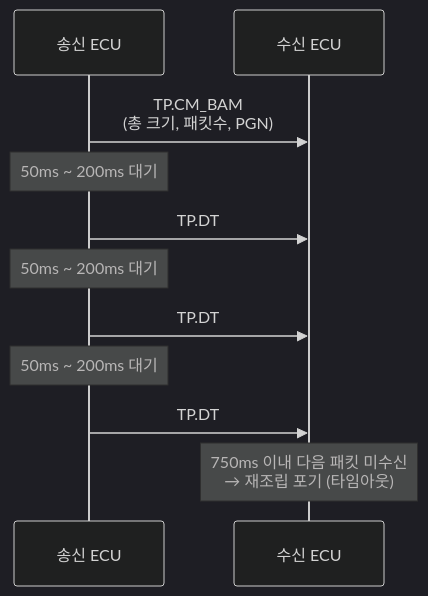
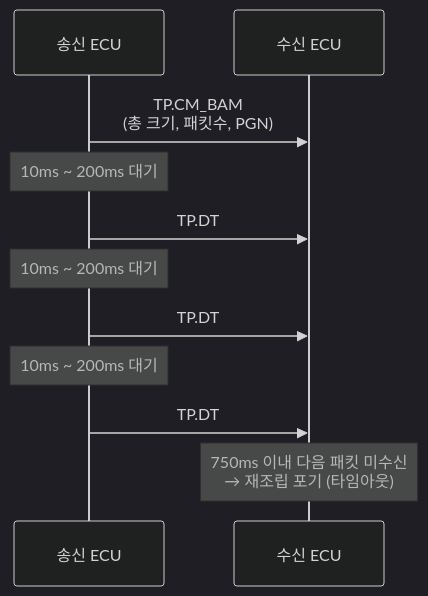
One commit to hobeen-kim/hobeen-kim.github.io changed the fifth of 6 diagrams in docs/_study/isobus/11-j1939-transport.md. Above: the diagram before and after it, drawn with Mermaid (dark theme). The commit also changed other lines of this file and 18 other files, not shown here.

````diff
--- a/docs/_study/isobus/11-j1939-transport.md
+++ b/docs/_study/isobus/11-j1939-transport.md
@@ -240,16 +264,16 @@
 ```mermaid
 sequenceDiagram
     participant TX as 송신 ECU
     participant RX as 수신 ECU
 
     TX->>RX: TP.CM_BAM<br>(총 크기, 패킷수, PGN)
-    Note over TX: 50ms ~ 200ms 대기
+    Note over TX: 10ms ~ 200ms 대기
 
     TX->>RX: TP.DT #1
-    Note over TX: 50ms ~ 200ms 대기
+    Note over TX: 10ms ~ 200ms 대기
     TX->>RX: TP.DT #2
-    Note over TX: 50ms ~ 200ms 대기
+    Note over TX: 10ms ~ 200ms 대기
     TX->>RX: TP.DT #N (완료)
 
     Note over RX: 750ms 이내 다음 패킷 미수신<br>→ 재조립 포기 (타임아웃)
 ```
````
